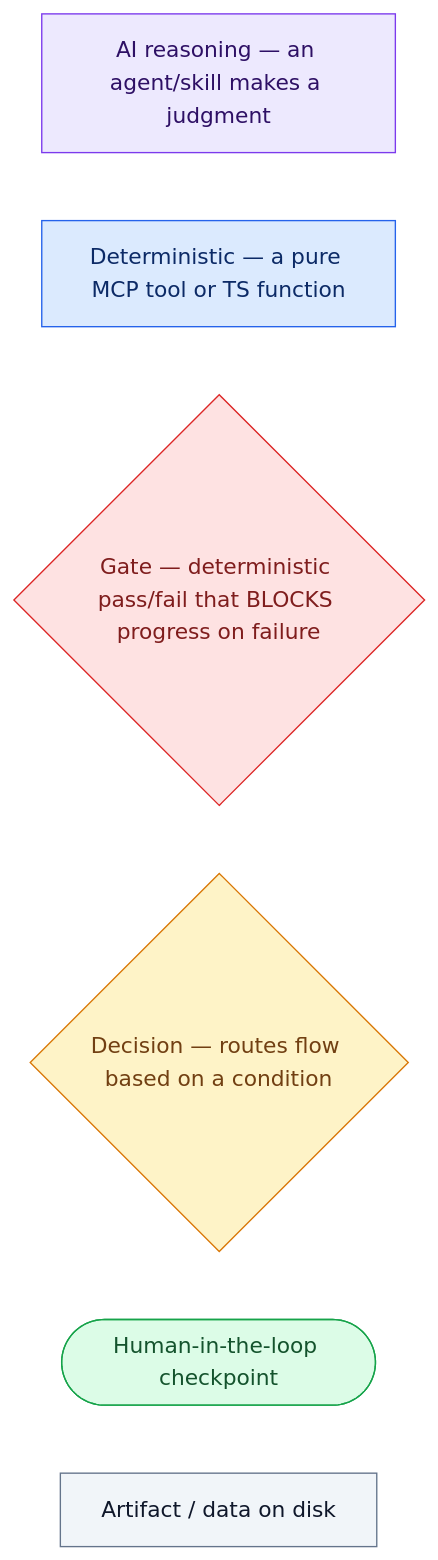
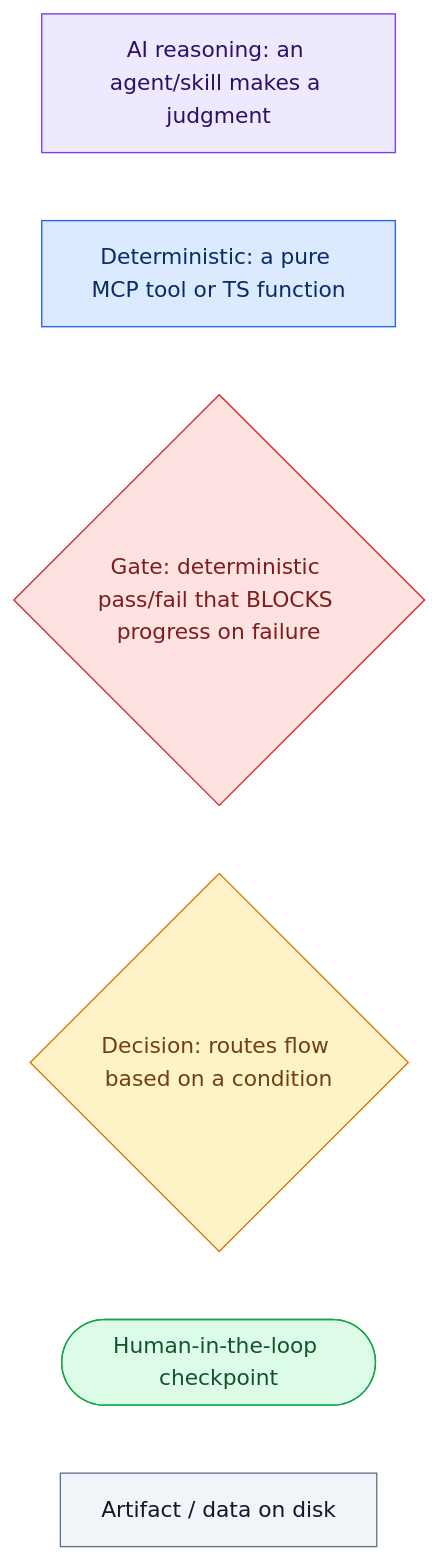
Before and after one commit to Automattic/data-liberation-agent: the first of 13 diagrams in docs/flow.md, drawn with Mermaid. The commit also changed other lines of this file, not shown here.

First line of the commit message:
docs: tighten flow.md prose and drop em-dash density

````diff
--- a/docs/flow.md
+++ b/docs/flow.md
@@ -16,16 +16,16 @@
 ```mermaid
 flowchart LR
-    a["AI reasoning — an agent/skill makes a judgment"]:::ai
-    d["Deterministic — a pure MCP tool or TS function"]:::det
-    g{"Gate — deterministic pass/fail that BLOCKS progress on failure"}:::gate
-    c{"Decision — routes flow based on a condition"}:::dec
+    a["AI reasoning: an agent/skill makes a judgment"]:::ai
+    d["Deterministic: a pure MCP tool or TS function"]:::det
+    g{"Gate: deterministic pass/fail that BLOCKS progress on failure"}:::gate
+    c{"Decision: routes flow based on a condition"}:::dec
     h(["Human-in-the-loop checkpoint"]):::human
     f["Artifact / data on disk"]:::art
 
     classDef ai fill:#ede9fe,stroke:#7c3aed,color:#2e1065;
     classDef det fill:#dbeafe,stroke:#2563eb,color:#0c2a66;
     classDef gate fill:#fee2e2,stroke:#dc2626,color:#7f1d1d;
     classDef dec fill:#fef3c7,stroke:#d97706,color:#713f12;
     classDef human fill:#dcfce7,stroke:#16a34a,color:#14532d;
     classDef art fill:#f1f5f9,stroke:#64748b,color:#0f172a;
 ```
````
